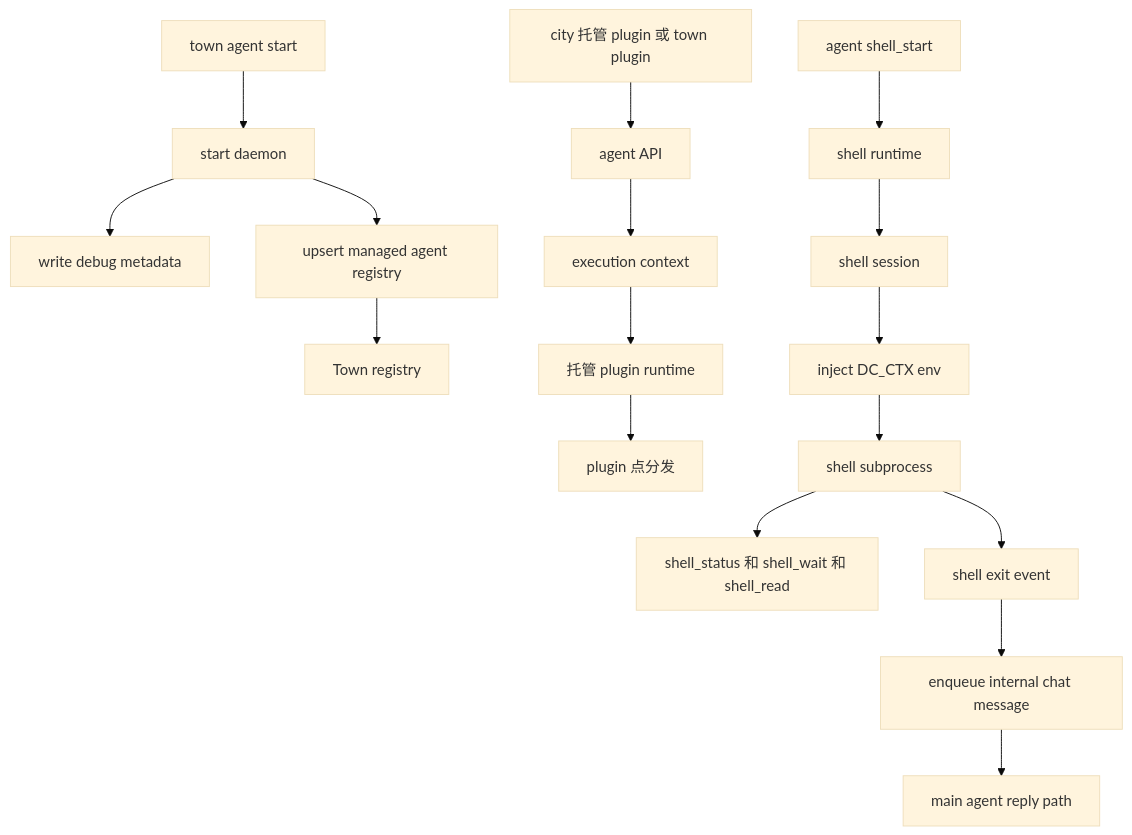
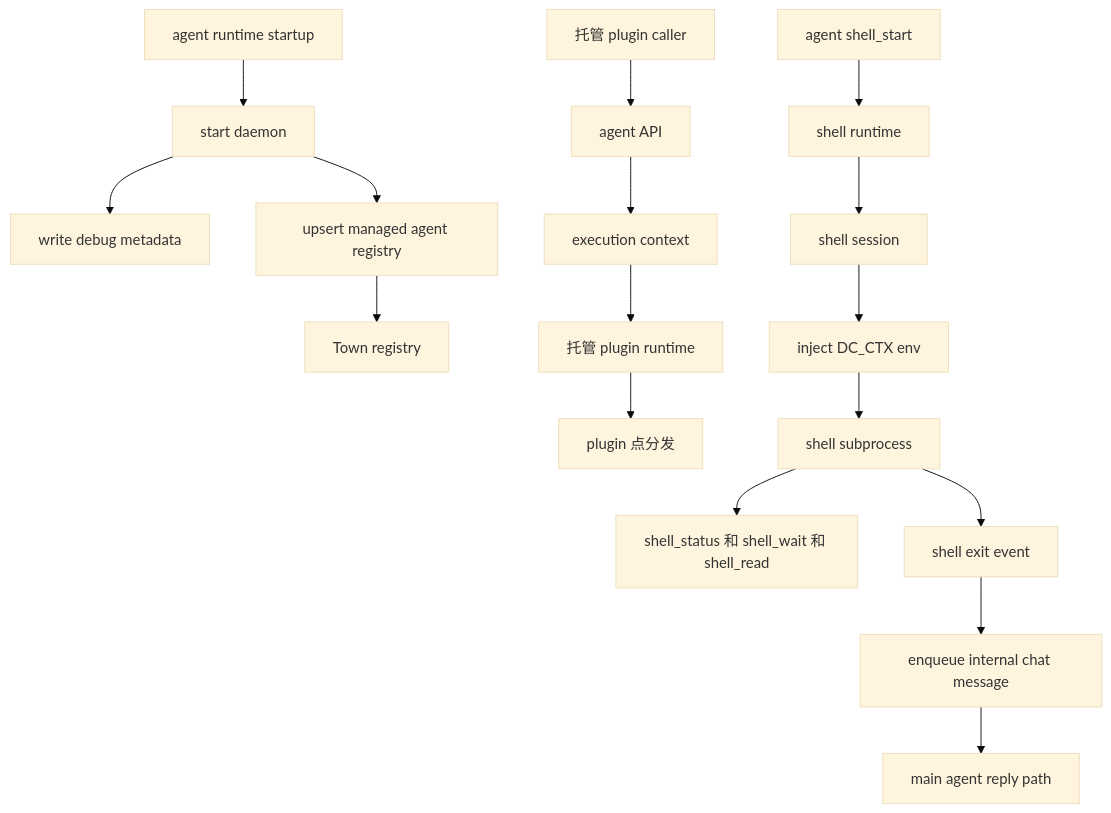
Before and after one commit to wangenius/downcity: the diagram in homepage/content/docs/zh/concepts/console-registration-and-shell-flow.mdx, drawn with Mermaid (base theme). The commit also changed 48 other files, not shown here.

````diff
--- a/homepage/content/docs/zh/concepts/console-registration-and-shell-flow.mdx
+++ b/homepage/content/docs/zh/concepts/console-registration-and-shell-flow.mdx
@@ -33,21 +33,21 @@
 ```mermaid
 flowchart TD
-  A["town agent start"] --> B["start daemon"]
+  A["agent runtime startup"] --> B["start daemon"]
   B --> C["write debug metadata"]
   B --> D["upsert managed agent registry"]
   D --> E["Town registry"]
 
-  F["city 托管 plugin 或 town plugin"] --> G["agent API"]
+  F["托管 plugin caller"] --> G["agent API"]
   G --> H["execution context"]
   H --> I["托管 plugin runtime"]
   I --> J["plugin 点分发"]
 
   L["agent shell_start"] --> M["shell runtime"]
   M --> N["shell session"]
   N --> O["inject DC_CTX env"]
   O --> P["shell subprocess"]
   P --> Q["shell_status 和 shell_wait 和 shell_read"]
   P --> R["shell exit event"]
   R --> S["enqueue internal chat message"]
   S --> T["main agent reply path"]
 ```
````
